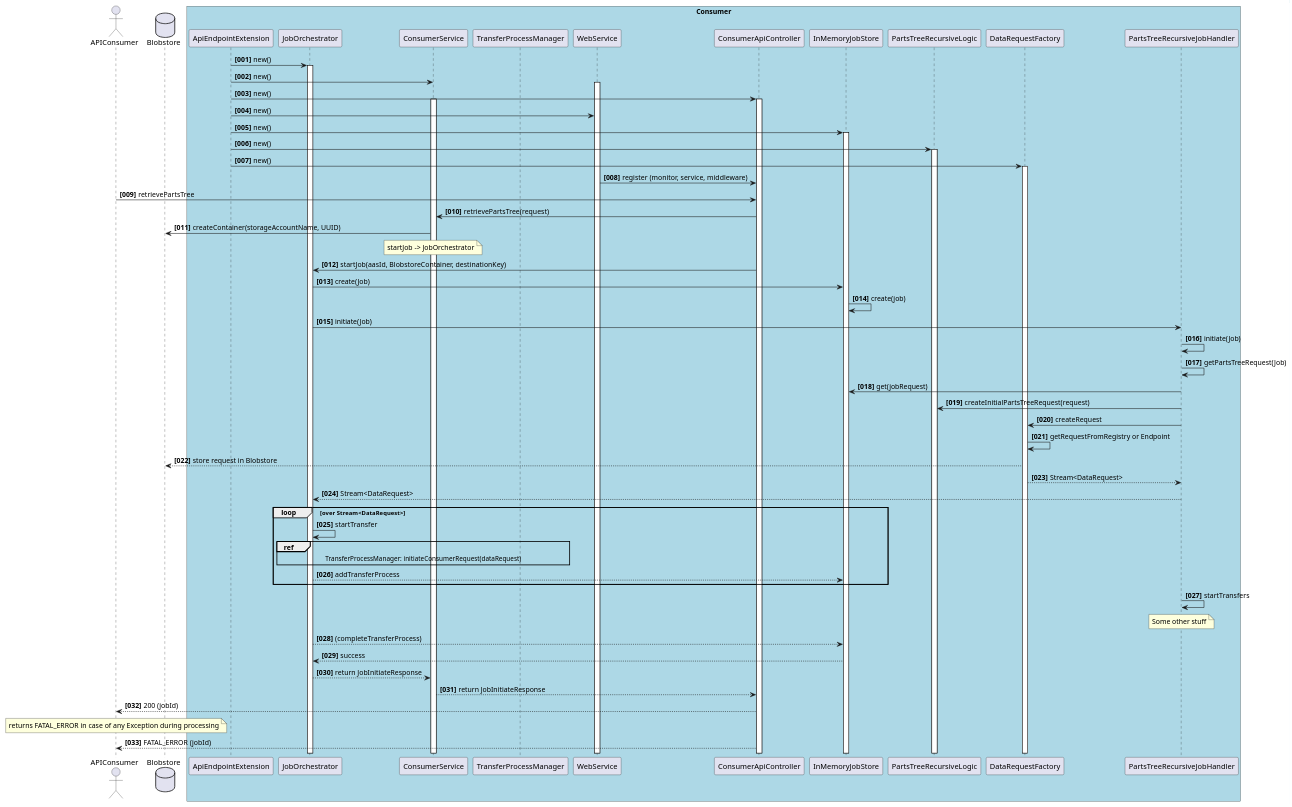
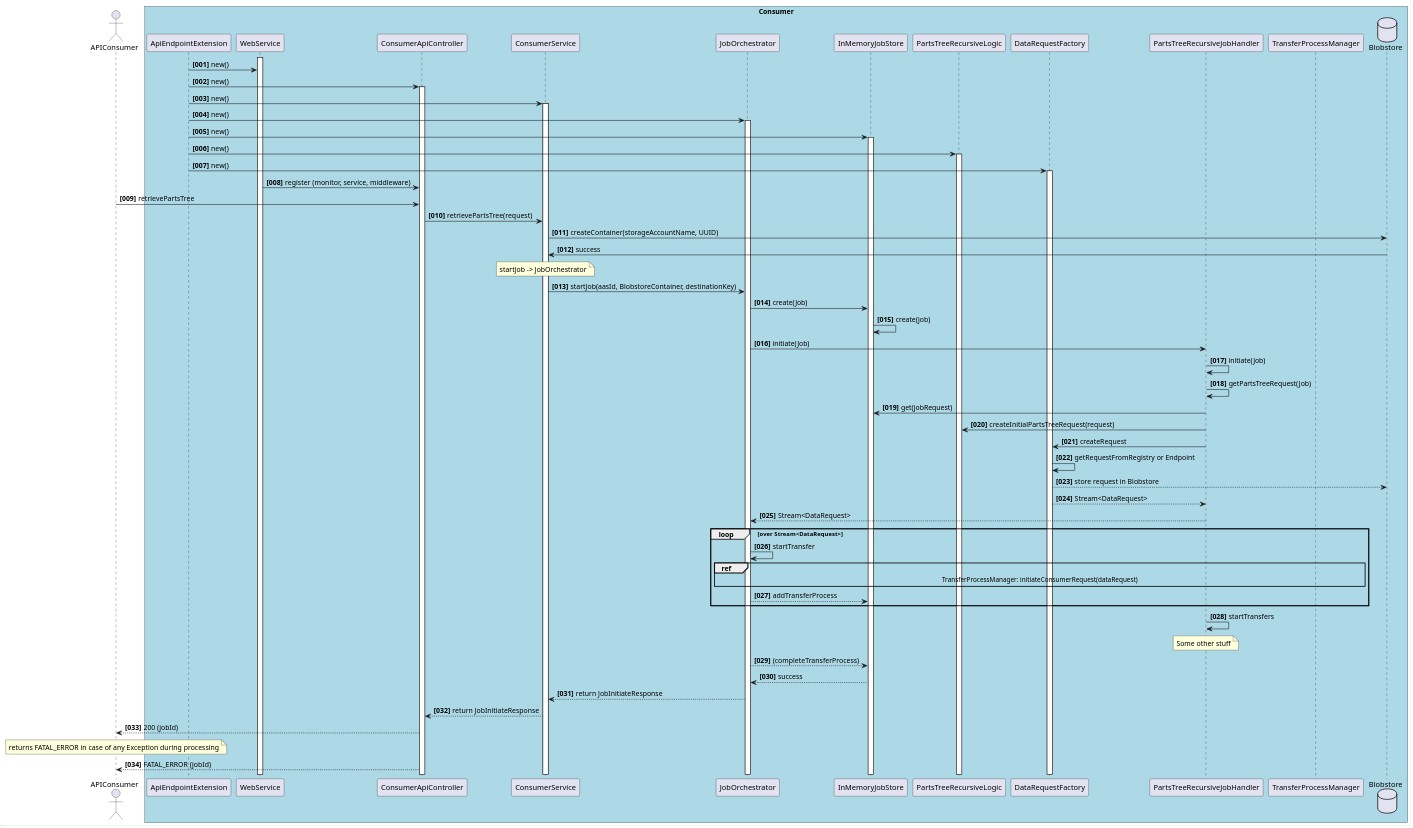
Before and after one commit to eclipse-tractusx/item-relationship-service: the diagram in uml-diagramms/job-orchistration-sequence.puml, drawn with PlantUML. The commit also changed 3 other files, not shown here.

Commit message:
refactor(api):[TRI-301] add new sequence and component diagrams

```diff
--- a/uml-diagramms/job-orchistration-sequence.puml
+++ b/uml-diagramms/job-orchistration-sequence.puml
@@ -1,73 +1,81 @@
 @startuml
 
 actor APIConsumer
-database Blobstore
 
 autonumber "<b>[000]"
 
 box "Consumer" #LightBlue
+participant ApiEndpointExtension
+activate WebService
+ApiEndpointExtension -> WebService: new()
+ApiEndpointExtension -> ConsumerApiController: new()
+activate ConsumerApiController
+ApiEndpointExtension -> ConsumerService: new()
+
+
+
+activate ConsumerService
 ApiEndpointExtension -> JobOrchestrator: new()
 activate JobOrchestrator
-ApiEndpointExtension -> ConsumerService: new()
-participant TransferProcessManager
-activate WebService
-ApiEndpointExtension -> ConsumerApiController: new()
-activate ConsumerApiController
-activate ConsumerService
-ApiEndpointExtension -> WebService: new()
+
+
 ApiEndpointExtension -> InMemoryJobStore: new()
 activate InMemoryJobStore
 ApiEndpointExtension ->  PartsTreeRecursiveLogic: new()
 activate PartsTreeRecursiveLogic
 ApiEndpointExtension ->  DataRequestFactory: new()
 activate DataRequestFactory
+participant PartsTreeRecursiveJobHandler
+participant TransferProcessManager
+database Blobstore
 
 WebService -> ConsumerApiController: register (monitor, service, middleware)
 
 APIConsumer -> ConsumerApiController: retrievePartsTree
 ConsumerApiController -> ConsumerService : retrievePartsTree(request)
 ConsumerService -> Blobstore : createContainer(storageAccountName, UUID)
+ConsumerService <- Blobstore : success
 note over ConsumerService
 startJob -> JobOrchestrator
 end note
-ConsumerApiController -> JobOrchestrator: startJob(aasId, BlobstoreContainer, destinationKey)
+ConsumerService -> JobOrchestrator: startJob(aasId, BlobstoreContainer, destinationKey)
 JobOrchestrator -> InMemoryJobStore: create(Job)
 
 
 InMemoryJobStore -> InMemoryJobStore: create(job)
 JobOrchestrator -> PartsTreeRecursiveJobHandler: initiate(Job)
 PartsTreeRecursiveJobHandler -> PartsTreeRecursiveJobHandler: initiate(Job)
 PartsTreeRecursiveJobHandler -> PartsTreeRecursiveJobHandler: getPartsTreeRequest(Job)
 PartsTreeRecursiveJobHandler -> InMemoryJobStore : get(jobRequest)
 
 
 PartsTreeRecursiveJobHandler -> PartsTreeRecursiveLogic : createInitialPartsTreeRequest(request)
 PartsTreeRecursiveJobHandler -> DataRequestFactory :createRequest
 DataRequestFactory -> DataRequestFactory: getRequestFromRegistry or Endpoint
 DataRequestFactory --> Blobstore: store request in Blobstore
 PartsTreeRecursiveJobHandler <-- DataRequestFactory: Stream<DataRequest>
 JobOrchestrator <-- PartsTreeRecursiveJobHandler: Stream<DataRequest>
 loop over  Stream<DataRequest>
     JobOrchestrator -> JobOrchestrator: startTransfer
     ref over JobOrchestrator, TransferProcessManager
         TransferProcessManager: initiateConsumerRequest(dataRequest)
     end ref
     JobOrchestrator --> InMemoryJobStore: addTransferProcess
 end loop
 PartsTreeRecursiveJobHandler -> PartsTreeRecursiveJobHandler:startTransfers
 note over PartsTreeRecursiveJobHandler
     Some other stuff
 end note
 JobOrchestrator --> InMemoryJobStore: (completeTransferProcess)
 JobOrchestrator <-- InMemoryJobStore: success
 ConsumerService <-- JobOrchestrator:  return JobInitiateResponse
 ConsumerApiController <-- ConsumerService:  return JobInitiateResponse
 APIConsumer <-- ConsumerApiController: 200 (jobId)
 
 note over APIConsumer
     returns FATAL_ERROR in case of any Exception during processing
 end note
 APIConsumer <-- ConsumerApiController: FATAL_ERROR (jobId)
 
 
 @enduml
```
